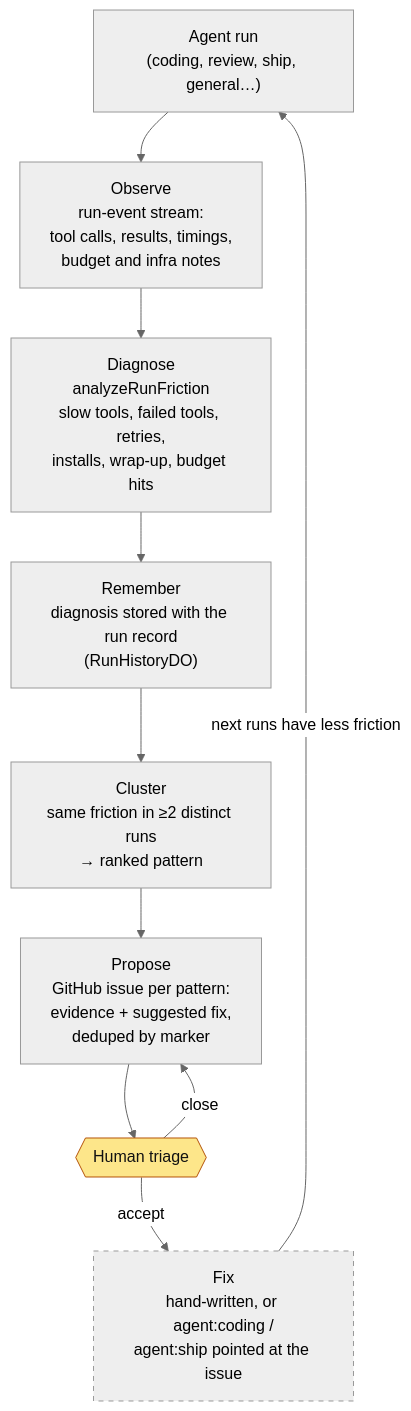
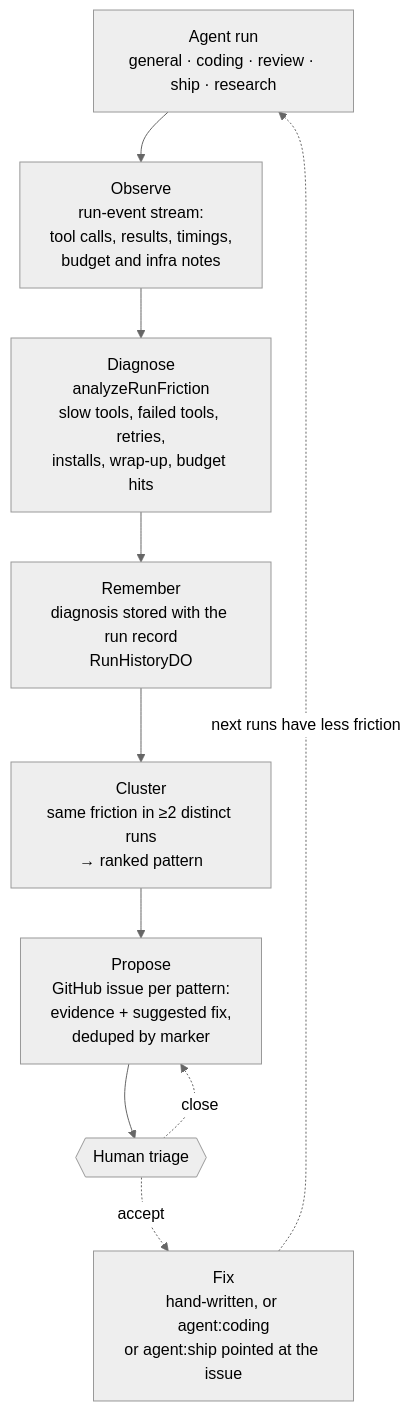
Before and after one commit to coreplanelabs/switchboard: the first of 4 diagrams in docs/explanation/how-switchboard-improves-itself.md, drawn with Mermaid (neutral theme). The commit also changed other lines of this file and 22 other files, not shown here.

First line of the commit message:
docs(docs): every diagram shares one visual system, and the four seams and the deploy order are drawn from one source each

````diff
--- a/docs/explanation/how-switchboard-improves-itself.md
+++ b/docs/explanation/how-switchboard-improves-itself.md
@@ -11,18 +11,15 @@
 ```mermaid
 flowchart TB
-    RUN["Agent run<br/>(coding, review, ship, general…)"]
+    RUN["Agent run<br/>general · coding · review · ship · research"]
     OBS["Observe<br/>run-event stream:<br/>tool calls, results, timings,<br/>budget and infra notes"]
     DIAG["Diagnose<br/>analyzeRunFriction<br/>slow tools, failed tools, retries,<br/>installs, wrap-up, budget hits"]
-    MEM["Remember<br/>diagnosis stored with the run record<br/>(RunHistoryDO)"]
+    MEM["Remember<br/>diagnosis stored with the run record<br/>RunHistoryDO"]
     CLUS["Cluster<br/>same friction in ≥2 distinct runs<br/>→ ranked pattern"]
     PROP["Propose<br/>GitHub issue per pattern:<br/>evidence + suggested fix,<br/>deduped by marker"]
     HUMAN{{"Human triage"}}
-    FIX["Fix<br/>hand-written, or agent:coding /<br/>agent:ship pointed at the issue"]
+    FIX["Fix<br/>hand-written, or agent:coding<br/>or agent:ship pointed at the issue"]
 
     RUN --> OBS --> DIAG --> MEM --> CLUS --> PROP --> HUMAN
-    HUMAN -->|accept| FIX -->|next runs have less friction| RUN
-    HUMAN -->|close| PROP
-
-    style HUMAN fill:#fde68a,stroke:#b45309,color:#111
-    style FIX stroke-dasharray: 5 5
+    HUMAN -.->|"accept"| FIX -.->|"next runs have less friction"| RUN
+    HUMAN -.->|"close"| PROP
 ```
````
